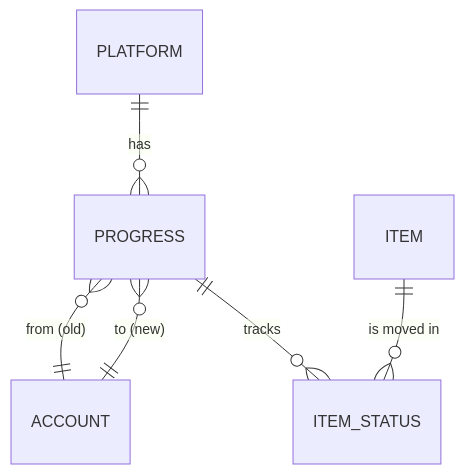
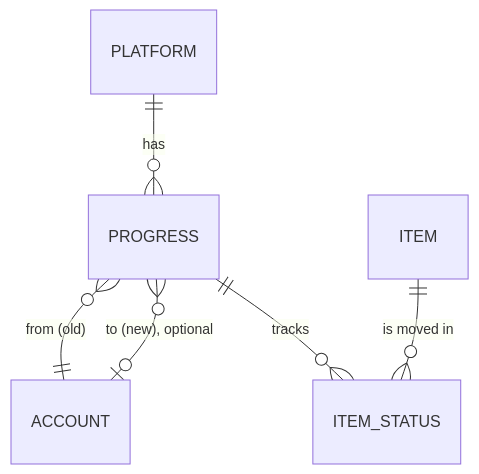
Before and after one commit to Dodo-Tech-Hub/magpie: the fourth of 4 diagrams in specs/008-github-platform/spec.md, drawn with Mermaid. The commit also changed other lines of this file, not shown here.

Commit message:
docs(spec): save progress from old sign-in, ask on platform switch, collapsible Pick sections in 008

````diff
--- a/specs/008-github-platform/spec.md
+++ b/specs/008-github-platform/spec.md
@@ -312,8 +327,8 @@
 ```mermaid
 erDiagram
     PLATFORM ||--o{ PROGRESS : has
     PROGRESS }o--|| ACCOUNT : "from (old)"
-    PROGRESS }o--|| ACCOUNT : "to (new)"
+    PROGRESS }o--o| ACCOUNT : "to (new), optional"
     PROGRESS ||--o{ ITEM_STATUS : tracks
     ITEM ||--o{ ITEM_STATUS : "is moved in"
 ```
````
